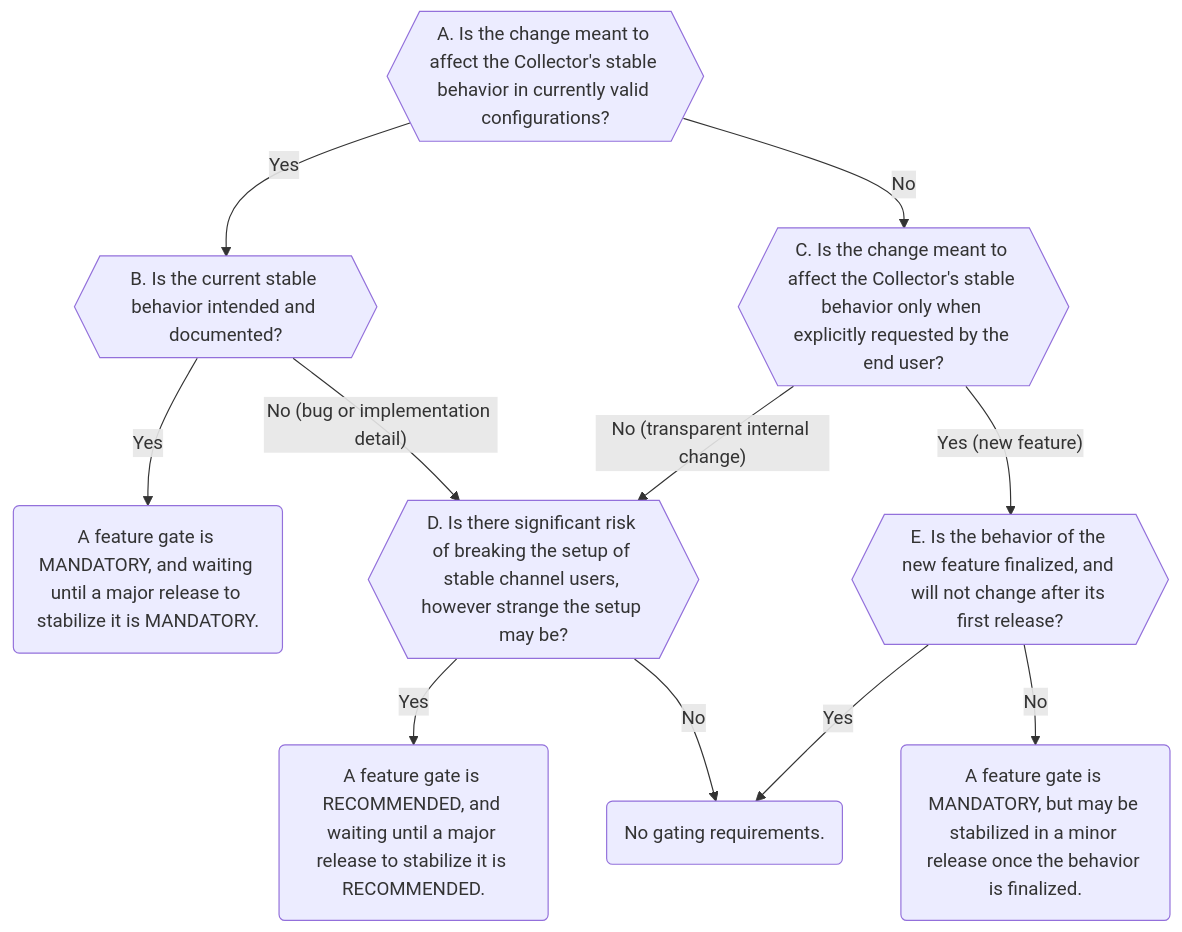
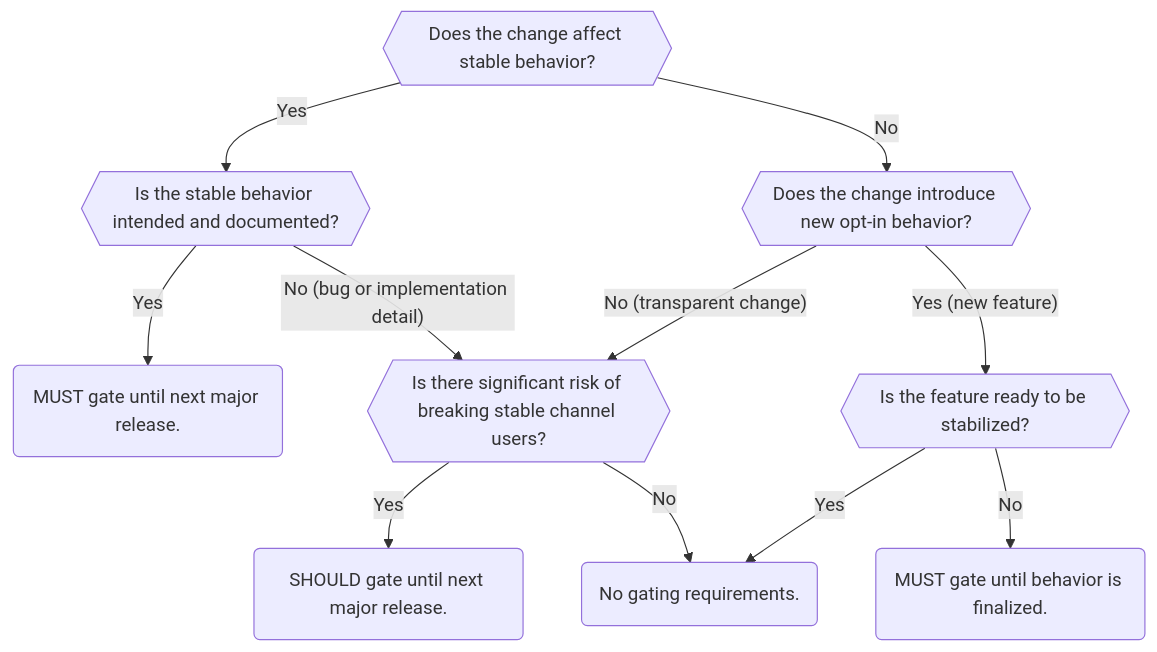
The diagram in docs/rfcs/stable-by-default.md (open-telemetry/opentelemetry-collector), drawn with Mermaid before and after one commit. The commit also changed other lines of this file, not shown here.

````diff
--- a/docs/rfcs/stable-by-default.md
+++ b/docs/rfcs/stable-by-default.md
@@ -207,22 +205,22 @@
 ```mermaid
 flowchart TD
-  A{{A. Is the change meant to affect the Collector's stable behavior in currently valid configurations?}}
+  A{{Does the change affect stable behavior?}}
   A -->|Yes| B
   A -->|No| C
 
-  B{{B. Is the current stable behavior intended and documented?}}
-  B -->|Yes| Omm(A feature gate is MANDATORY, and waiting until a major release to stabilize it is MANDATORY.)
+  B{{Is the stable behavior intended and documented?}}
+  B -->|Yes| Omm(MUST gate until next major release.)
   B -->|"No (bug or implementation detail)"| D
 
-  C{{C. Is the change meant to affect the Collector's stable behavior only when explicitly requested by the end user?}}
-  C -->|"No (transparent internal change)"| D
+  C{{Does the change introduce new opt-in behavior?}}
+  C -->|"No (transparent change)"| D
   C -->|"Yes (new feature)"| E
 
-  D{{D. Is there significant risk of breaking the setup of stable channel users, however strange the setup may be?}}
-  D -->|Yes| Orr(A feature gate is RECOMMENDED, and waiting until a major release to stabilize it is RECOMMENDED.)
+  D{{Is there significant risk of breaking stable channel users?}}
+  D -->|Yes| Orr(SHOULD gate until next major release.)
   D -->|No| Onn(No gating requirements.)
 
-  E{{E. Is the behavior of the new feature finalized, and will not change after its first release?}}
-  E -->|No| Omr(A feature gate is MANDATORY, but may be stabilized in a minor release once the behavior is finalized.)
+  E{{Is the feature ready to be stabilized?}}
+  E -->|No| Omr(MUST gate until behavior is finalized.)
   E -->|Yes| Onn(No gating requirements.)
 ```
````
